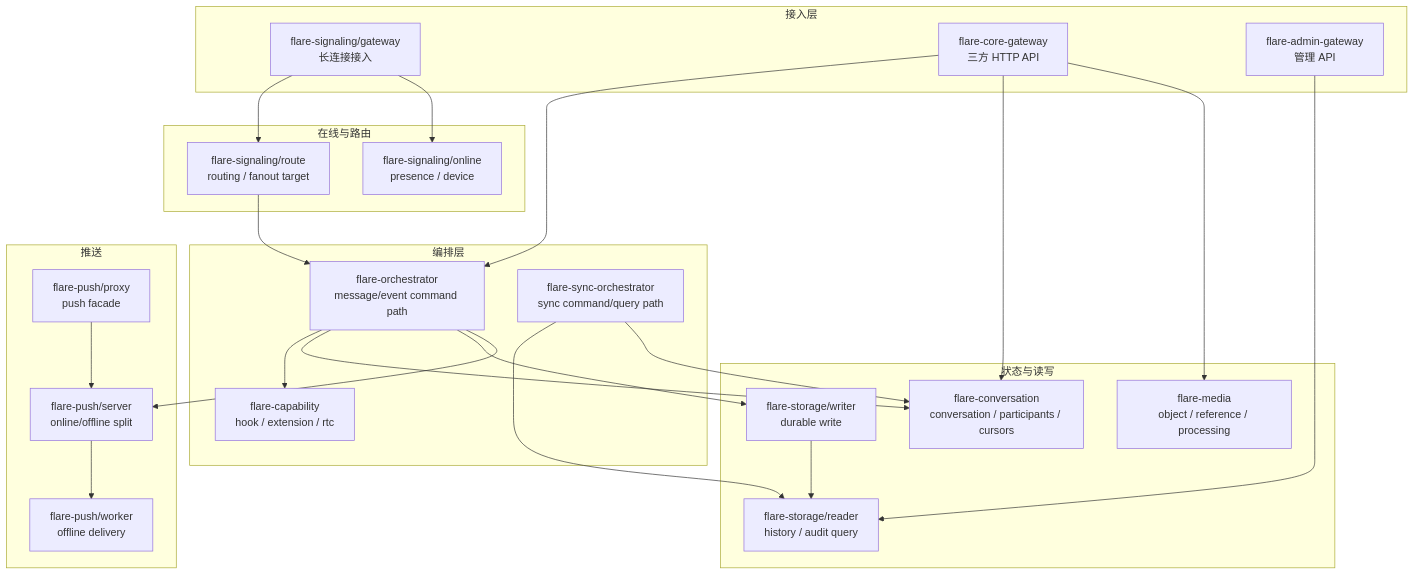
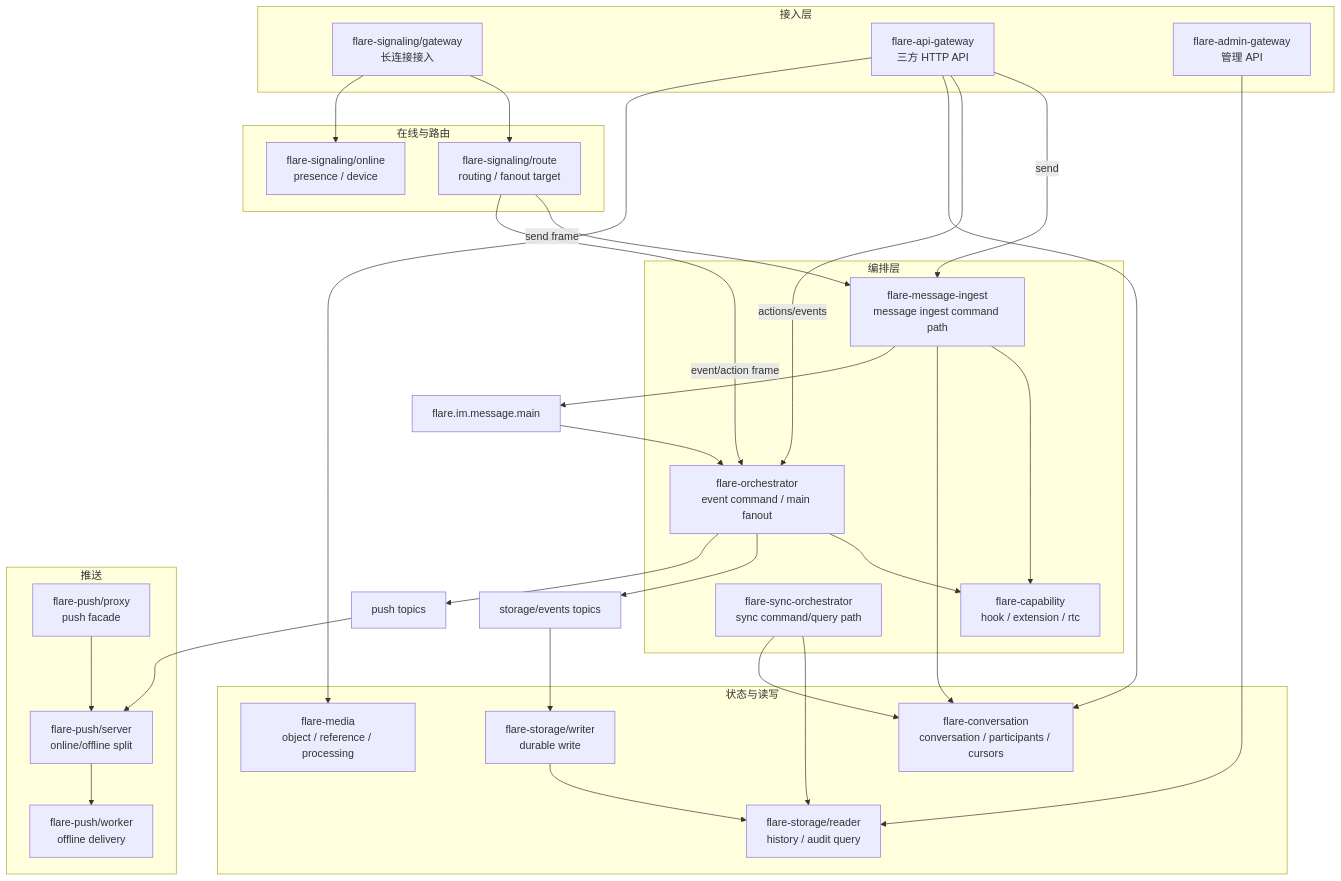
Before and after one commit to flare-im/flare-im-core-server: the diagram in docs/01-architecture-overview.md, drawn with Mermaid. The commit also changed other lines of this file and 555 other files, not shown here.

Commit message:
chore(im-core): checkpoint architecture boundary refactor

````diff
--- a/docs/01-architecture-overview.md
+++ b/docs/01-architecture-overview.md
@@ -28,49 +28,57 @@
 ```mermaid
 flowchart TB
     subgraph "接入层"
         SGW["flare-signaling/gateway<br/>长连接接入"]
-        CGW["flare-core-gateway<br/>三方 HTTP API"]
+        CGW["flare-api-gateway<br/>三方 HTTP API"]
         AGW["flare-admin-gateway<br/>管理 API"]
     end
 
     subgraph "在线与路由"
         Online["flare-signaling/online<br/>presence / device"]
         Route["flare-signaling/route<br/>routing / fanout target"]
     end
 
     subgraph "编排层"
-        Orchestrator["flare-orchestrator<br/>message/event command path"]
+        Ingest["flare-message-ingest<br/>message ingest command path"]
+        Orchestrator["flare-orchestrator<br/>event command / main fanout"]
         Sync["flare-sync-orchestrator<br/>sync command/query path"]
         Capability["flare-capability<br/>hook / extension / rtc"]
     end
 
     subgraph "状态与读写"
         Conversation["flare-conversation<br/>conversation / participants / cursors"]
         Writer["flare-storage/writer<br/>durable write"]
         Reader["flare-storage/reader<br/>history / audit query"]
         Media["flare-media<br/>object / reference / processing"]
     end
 
     subgraph "推送"
         PushServer["flare-push/server<br/>online/offline split"]
         PushWorker["flare-push/worker<br/>offline delivery"]
         PushProxy["flare-push/proxy<br/>push facade"]
     end
 
     SGW --> Route
     SGW --> Online
-    CGW --> Orchestrator
+    CGW -- "send" --> Ingest
+    CGW -- "actions/events" --> Orchestrator
     CGW --> Conversation
     CGW --> Media
     AGW --> Reader
-    Route --> Orchestrator
+    Route -- "send frame" --> Ingest
+    Route -- "event/action frame" --> Orchestrator
+    Ingest --> Capability
+    Ingest --> Conversation
+    Ingest --> MQMain["flare.im.message.main"]
+    MQMain --> Orchestrator
     Orchestrator --> Capability
-    Orchestrator --> Conversation
-    Orchestrator --> Writer
-    Orchestrator --> PushServer
+    Orchestrator --> MQStorage["storage/events topics"]
+    Orchestrator --> MQPush["push topics"]
+    MQStorage --> Writer
+    MQPush --> PushServer
     Sync --> Reader
     Sync --> Conversation
     Writer --> Reader
     PushServer --> PushWorker
     PushProxy --> PushServer
 ```
````
